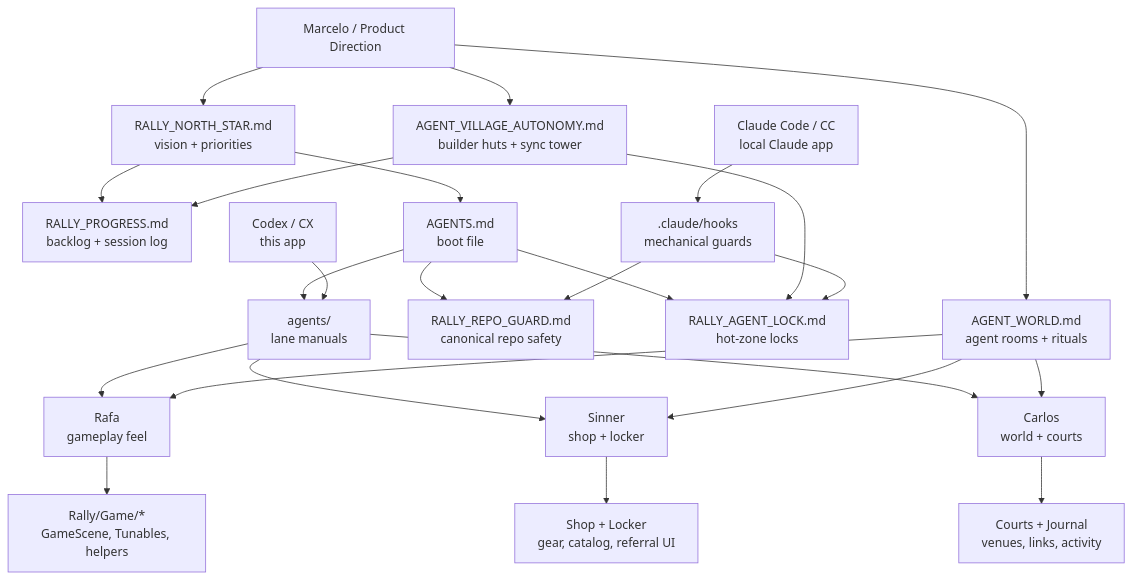
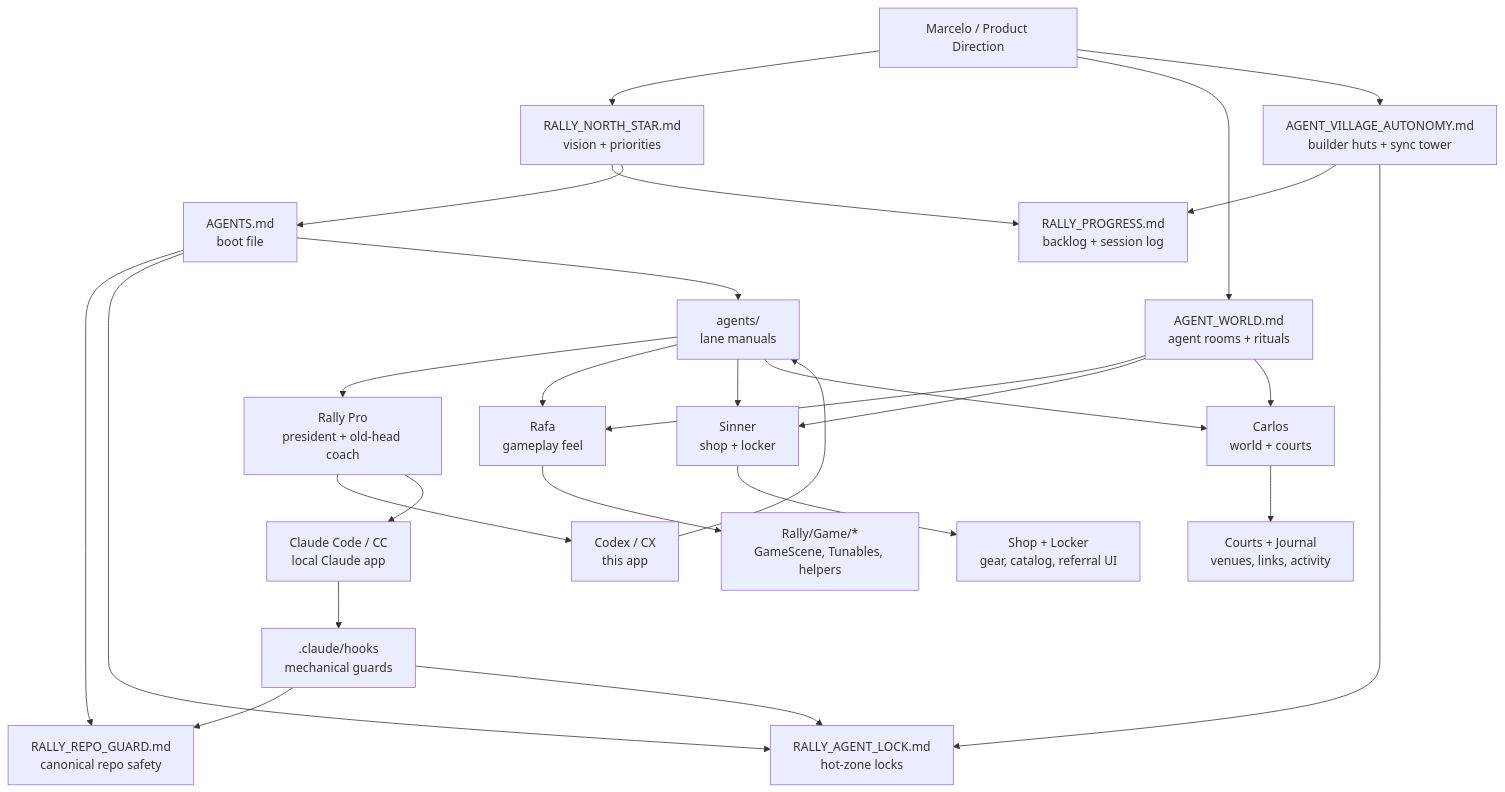
One commit to marcelozap/Rally changed the first of 4 diagrams in AGENT_VISUALIZER.md. Above: the diagram before and after it, drawn with Mermaid. The commit also changed other lines of this file and 9 other files, not shown here.

Commit message:
[CX] Add Rally Pro president agent

````diff
--- a/AGENT_VISUALIZER.md
+++ b/AGENT_VISUALIZER.md
@@ -24,28 +24,31 @@
 ```mermaid
 flowchart TD
     User["Marcelo / Product Direction"] --> NorthStar["RALLY_NORTH_STAR.md<br/>vision + priorities"]
     User --> WorldDoc["AGENT_WORLD.md<br/>agent rooms + rituals"]
     User --> VillageDoc["AGENT_VILLAGE_AUTONOMY.md<br/>builder huts + sync tower"]
     NorthStar --> Progress["RALLY_PROGRESS.md<br/>backlog + session log"]
     NorthStar --> Agents["AGENTS.md<br/>boot file"]
     Agents --> Guard["RALLY_REPO_GUARD.md<br/>canonical repo safety"]
     Agents --> Lock["RALLY_AGENT_LOCK.md<br/>hot-zone locks"]
     Agents --> AgentDocs["agents/<br/>lane manuals"]
+    AgentDocs --> RallyPro["Rally Pro<br/>president + old-head coach"]
     AgentDocs --> Rafa["Rafa<br/>gameplay feel"]
     AgentDocs --> Sinner["Sinner<br/>shop + locker"]
     AgentDocs --> Carlos["Carlos<br/>world + courts"]
     WorldDoc --> Rafa
     WorldDoc --> Sinner
     WorldDoc --> Carlos
     VillageDoc --> Progress
     VillageDoc --> Lock
 
-    Codex["Codex / CX<br/>this app"] --> AgentDocs
-    Claude["Claude Code / CC<br/>local Claude app"] --> ClaudeHooks[".claude/hooks<br/>mechanical guards"]
+    RallyPro --> Codex["Codex / CX<br/>this app"]
+    RallyPro --> Claude["Claude Code / CC<br/>local Claude app"]
+    Codex --> AgentDocs
+    Claude --> ClaudeHooks[".claude/hooks<br/>mechanical guards"]
     ClaudeHooks --> Guard
     ClaudeHooks --> Lock
 
     Rafa --> Game["Rally/Game/*<br/>GameScene, Tunables, helpers"]
     Sinner --> Shop["Shop + Locker<br/>gear, catalog, referral UI"]
     Carlos --> World["Courts + Journal<br/>venues, links, activity"]
 ```
````
